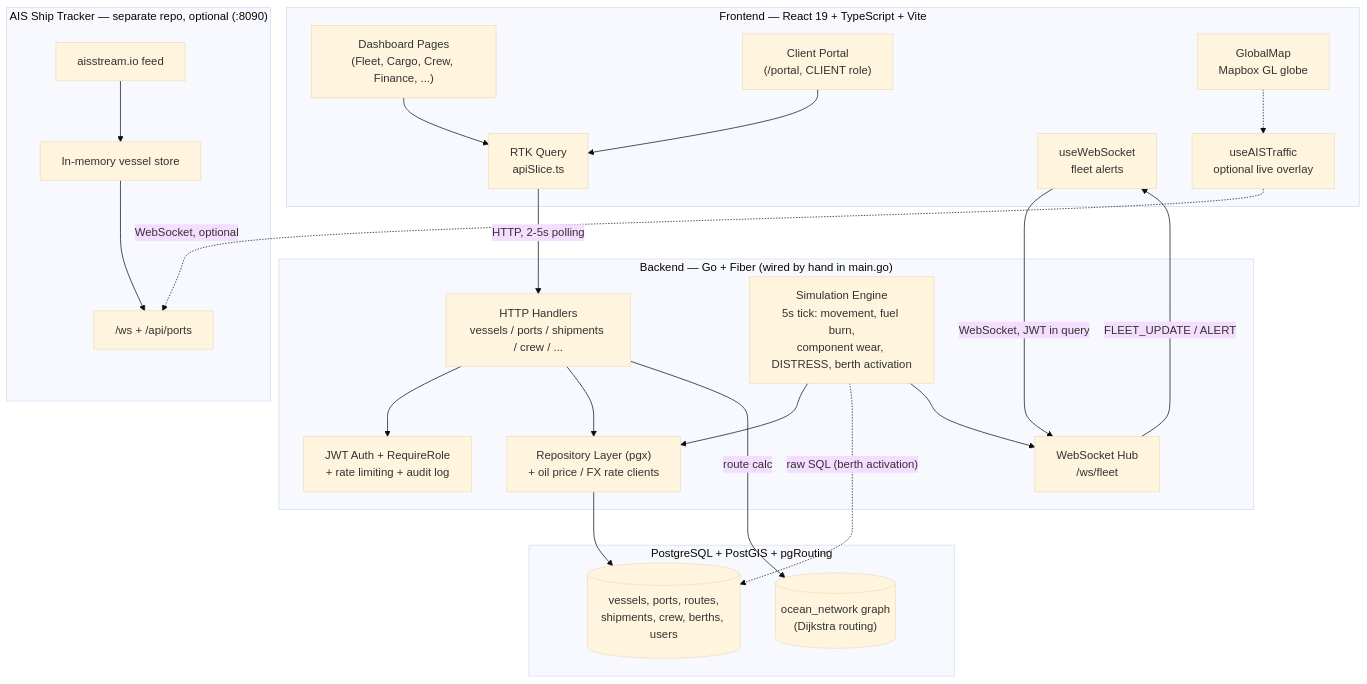
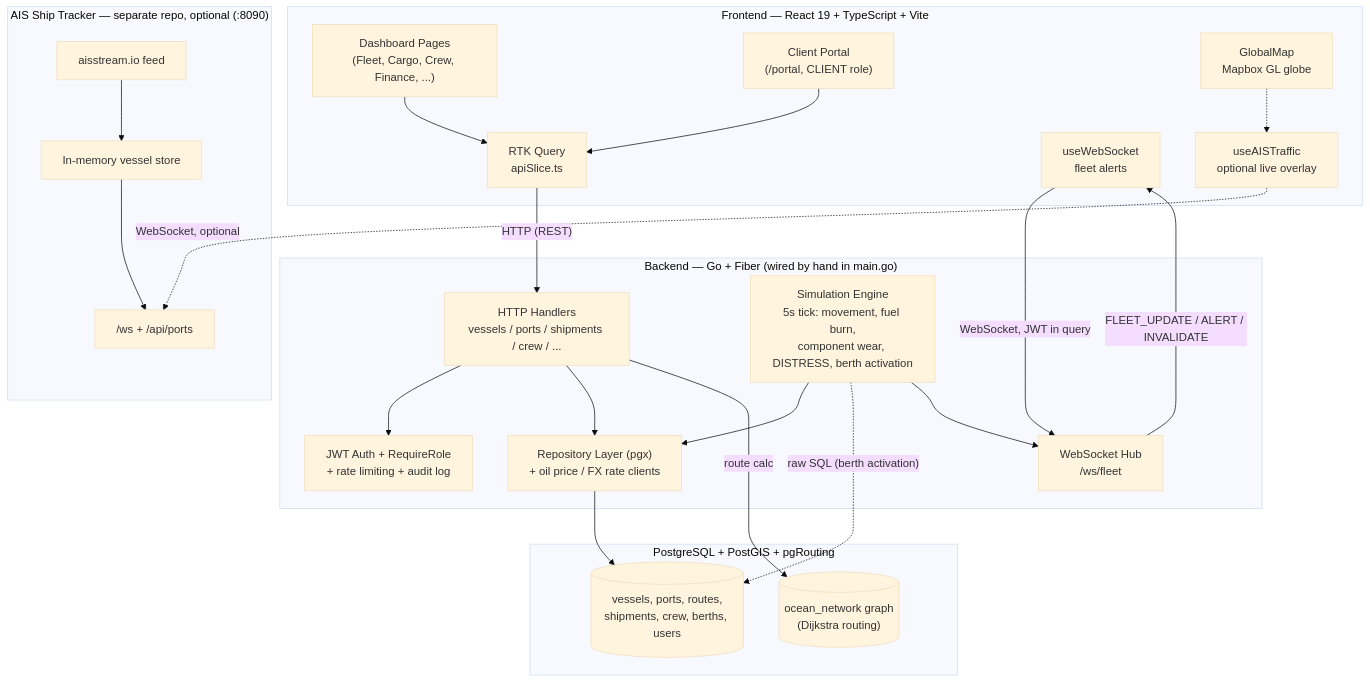
The diagram in README.md (Oblutack/NeptuneShipments), drawn with Mermaid (base theme) before and after one commit. The commit also changed other lines of this file and 13 other files, not shown here.

First line of the commit message:
push fleet updates over the websocket instead of polling

````diff
--- a/README.md
+++ b/README.md
@@ -73,49 +73,49 @@
 ```mermaid
 flowchart TB
     subgraph Client["Frontend — React 19 + TypeScript + Vite"]
         Pages["Dashboard Pages\n(Fleet, Cargo, Crew, Finance, ...)"]
         Portal["Client Portal\n(/portal, CLIENT role)"]
         RTK["RTK Query\napiSlice.ts"]
         GlobalMap["GlobalMap\nMapbox GL globe"]
         WSHook["useWebSocket\nfleet alerts"]
         AISHook["useAISTraffic\noptional live overlay"]
     end
 
     subgraph Server["Backend — Go + Fiber (wired by hand in main.go)"]
         Handlers["HTTP Handlers\nvessels / ports / shipments / crew / ..."]
         AuthMW["JWT Auth + RequireRole\n+ rate limiting + audit log"]
         Repos["Repository Layer (pgx)\n+ oil price / FX rate clients"]
         SimEngine["Simulation Engine\n5s tick: movement, fuel burn,\ncomponent wear, DISTRESS, berth activation"]
         Hub["WebSocket Hub\n/ws/fleet"]
     end
 
     subgraph Postgres["PostgreSQL + PostGIS + pgRouting"]
         Core[("vessels, ports, routes,\nshipments, crew, berths, users")]
         OceanGraph[("ocean_network graph\n(Dijkstra routing)")]
     end
 
     subgraph Tracker["AIS Ship Tracker — separate repo, optional (:8090)"]
         AISFeed["aisstream.io feed"]
         AISStore["In-memory vessel store"]
         AISWs["/ws + /api/ports"]
     end
 
     Pages --> RTK
     Portal --> RTK
-    RTK -- "HTTP, 2-5s polling" --> Handlers
+    RTK -- "HTTP (REST)" --> Handlers
     WSHook -- "WebSocket, JWT in query" --> Hub
     GlobalMap -.-> AISHook
     AISHook -. "WebSocket, optional" .-> AISWs
 
     Handlers --> AuthMW
     Handlers --> Repos
     Handlers -- "route calc" --> OceanGraph
     Repos --> Core
     SimEngine --> Repos
     SimEngine -. "raw SQL (berth activation)" .-> Core
     SimEngine --> Hub
-    Hub -- "FLEET_UPDATE / ALERT" --> WSHook
+    Hub -- "FLEET_UPDATE / ALERT / INVALIDATE" --> WSHook
 
     AISFeed --> AISStore
     AISStore --> AISWs
 ```
````
